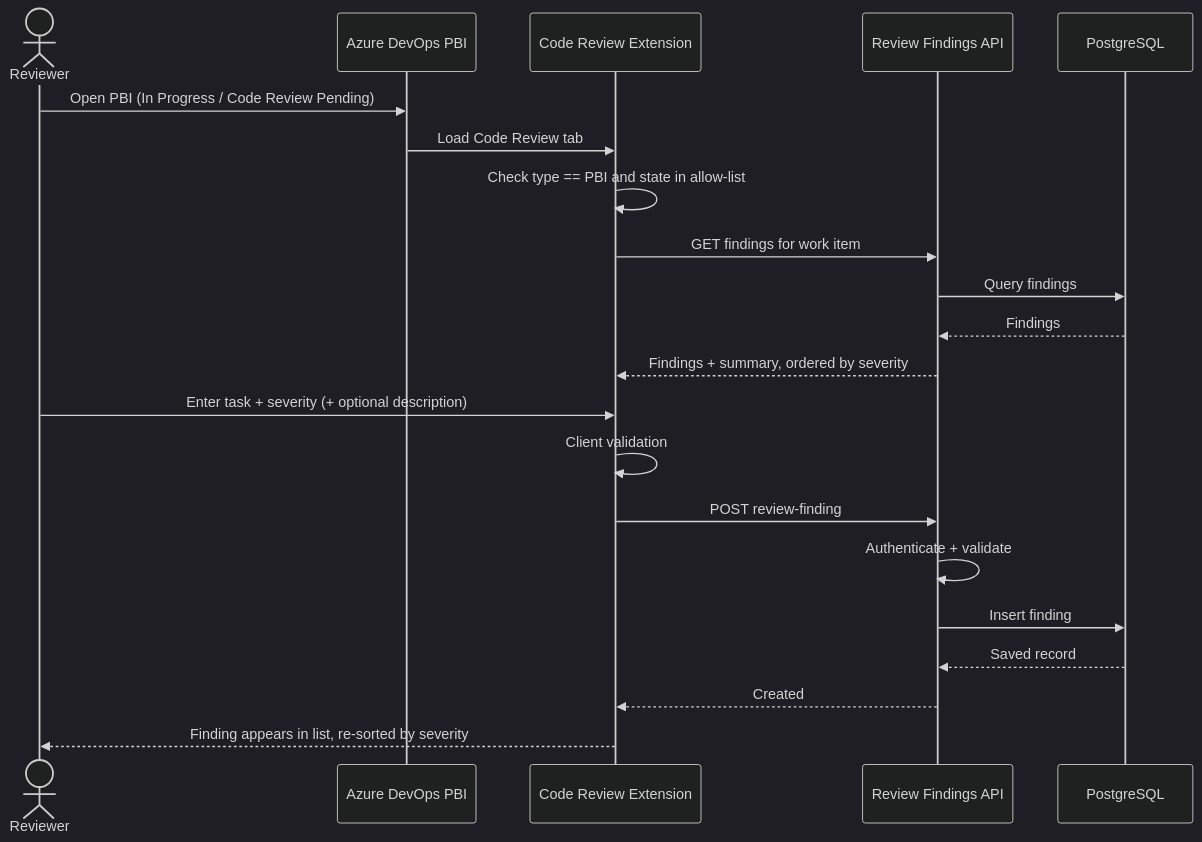
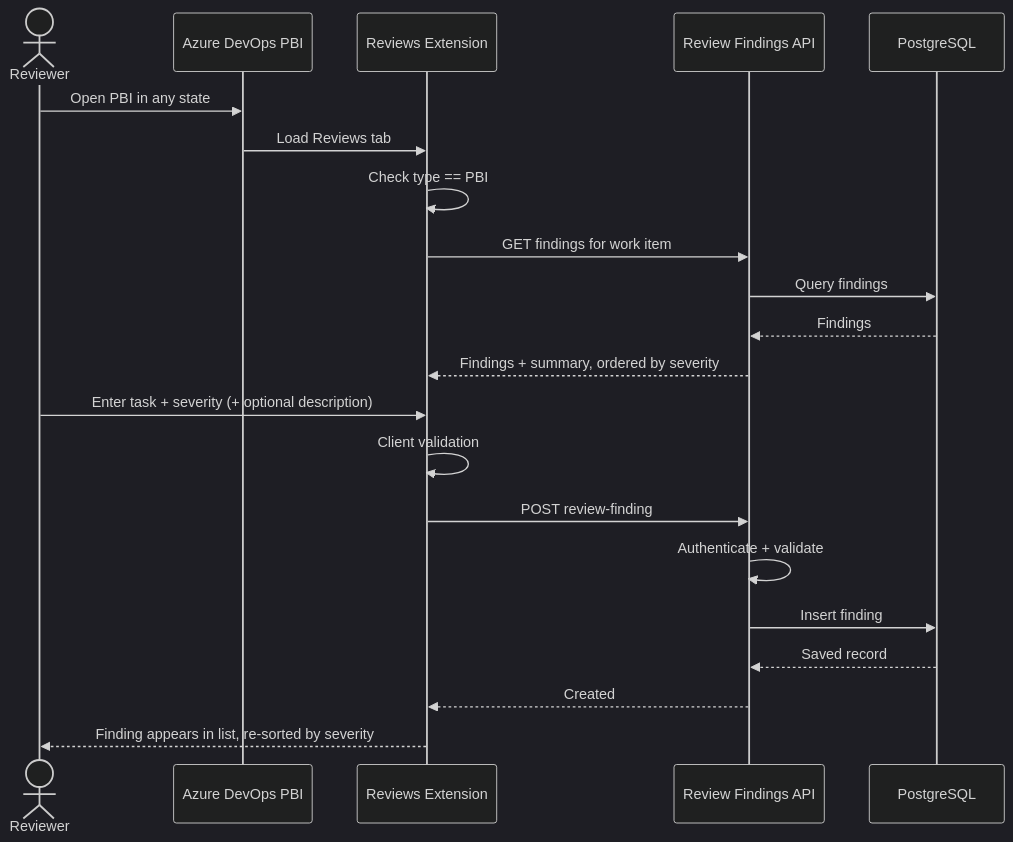
Before and after one commit to Deshanm123/-CodeReviewChecklist-azdevops: the third of 4 diagrams in docs/ARCHITECTURE.md, drawn with Mermaid (dark theme). The commit also changed other lines of this file and 18 other files, not shown here.

Commit message:
feat: make reviews available in every PBI state

````diff
--- a/docs/ARCHITECTURE.md
+++ b/docs/ARCHITECTURE.md
@@ -154,25 +155,25 @@
 ```mermaid
 sequenceDiagram
     actor Reviewer
     participant ADO as Azure DevOps PBI
-    participant Ext as Code Review Extension
+    participant Ext as Reviews Extension
     participant Api as Review Findings API
     participant Db as PostgreSQL
 
-    Reviewer->>ADO: Open PBI (In Progress / Code Review Pending)
-    ADO->>Ext: Load Code Review tab
-    Ext->>Ext: Check type == PBI and state in allow-list
+    Reviewer->>ADO: Open PBI in any state
+    ADO->>Ext: Load Reviews tab
+    Ext->>Ext: Check type == PBI
     Ext->>Api: GET findings for work item
     Api->>Db: Query findings
     Db-->>Api: Findings
     Api-->>Ext: Findings + summary, ordered by severity
 
     Reviewer->>Ext: Enter task + severity (+ optional description)
     Ext->>Ext: Client validation
     Ext->>Api: POST review-finding
     Api->>Api: Authenticate + validate
     Api->>Db: Insert finding
     Db-->>Api: Saved record
     Api-->>Ext: Created
     Ext-->>Reviewer: Finding appears in list, re-sorted by severity
 ```
````
